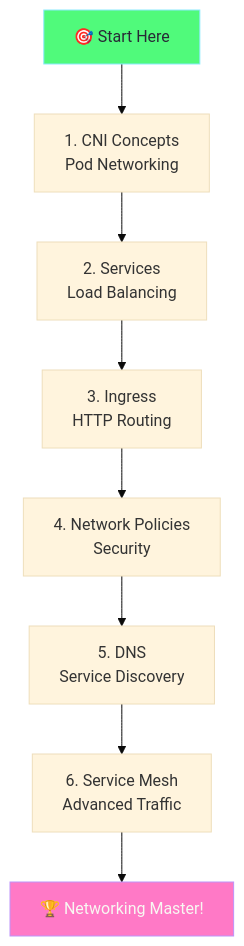
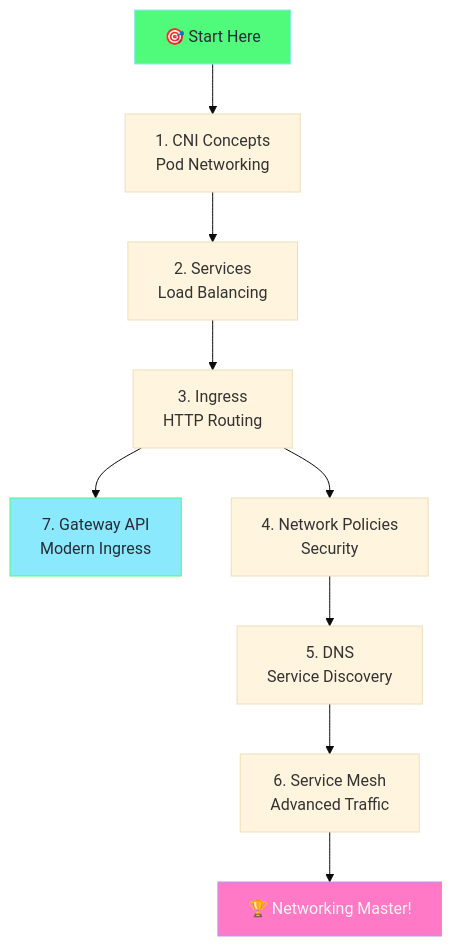
One commit to selvakumarperumal/k8s_minikube_learn changed the diagram in networking_mastering/README.md. Above: the diagram before and after it, drawn with Mermaid (base theme). The commit also changed other lines of this file and 10 other files, not shown here.

First line of the commit message:
Add Kubernetes Gateway API documentation and examples

````diff
--- a/networking_mastering/README.md
+++ b/networking_mastering/README.md
@@ -37,13 +41,15 @@
 ```mermaid
 flowchart TB
     Start["🎯 Start Here"] --> CNI["1. CNI Concepts<br/>Pod Networking"]
     CNI --> Services["2. Services<br/>Load Balancing"]
     Services --> Ingress["3. Ingress<br/>HTTP Routing"]
+    Ingress --> GatewayAPI["7. Gateway API<br/>Modern Ingress"]
     Ingress --> NetPol["4. Network Policies<br/>Security"]
     NetPol --> DNS["5. DNS<br/>Service Discovery"]
     DNS --> Mesh["6. Service Mesh<br/>Advanced Traffic"]
     Mesh --> Master["🏆 Networking Master!"]
     
     style Start fill:#50fa7b,stroke:#8be9fd,color:#282a36
     style Master fill:#ff79c6,stroke:#bd93f9,color:#f8f8f2
+    style GatewayAPI fill:#8be9fd,stroke:#50fa7b,color:#282a36
 ```
````
